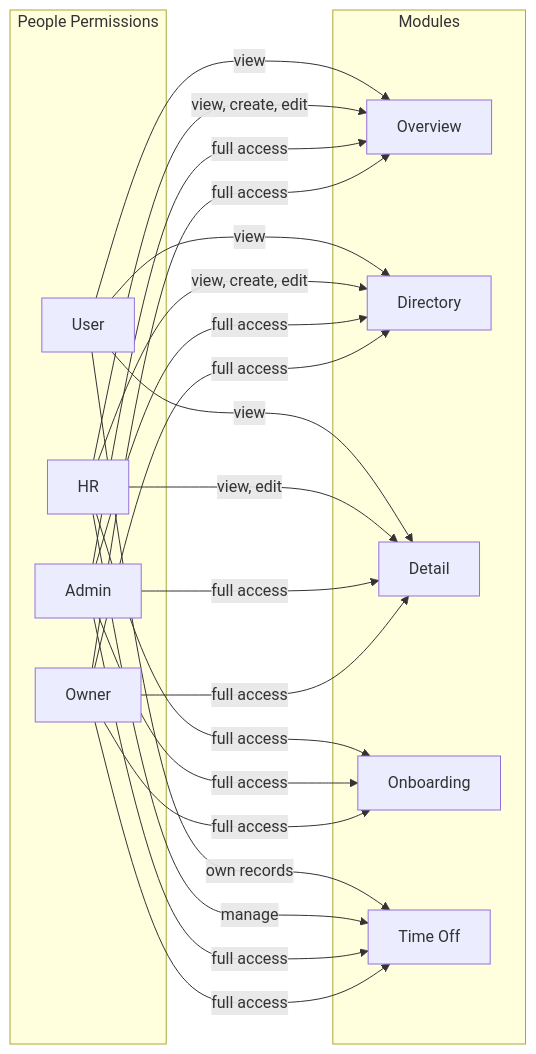
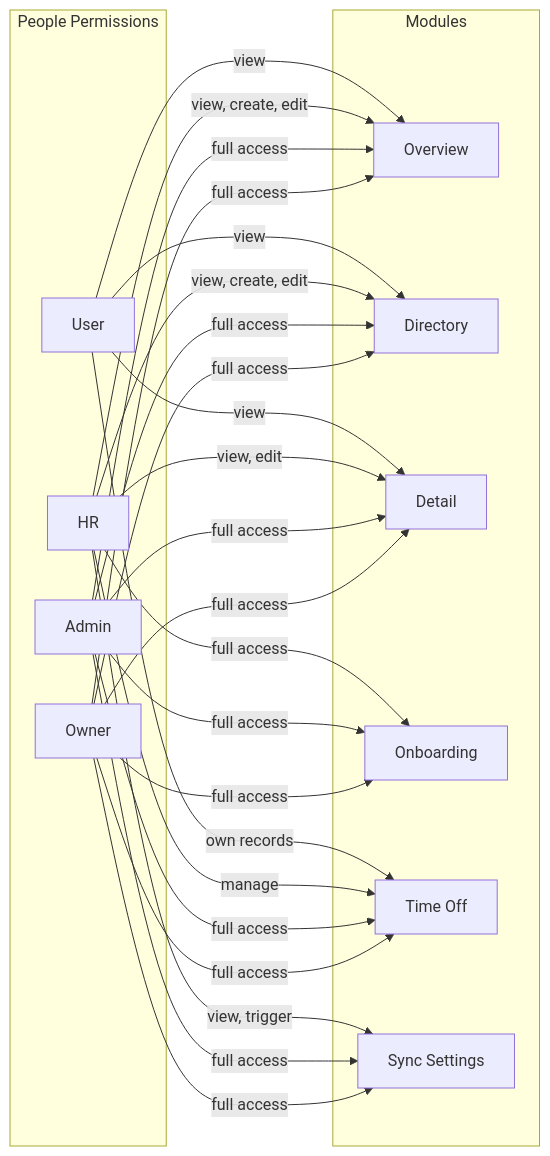
Before and after one commit to stellarsoft-tech/IdaraOS: the seventh of 17 diagrams in docs/modules/people/architecture.md, drawn with Mermaid. The commit also changed other lines of this file and 42 other files, not shown here.

First line of the commit message:
feat: implement People settings and sync functionality for Entra integration

````diff
--- a/docs/modules/people/architecture.md
+++ b/docs/modules/people/architecture.md
@@ -129,40 +319,44 @@
 ```mermaid
 graph LR
     subgraph "People Permissions"
         OWNER[Owner]
         ADMIN[Admin]
         HR[HR]
         USER[User]
     end
     
     subgraph "Modules"
         OVR[Overview]
         DIR[Directory]
         DET[Detail]
         ONB[Onboarding]
         TOF[Time Off]
+        SYNC[Sync Settings]
     end
     
     OWNER -->|full access| OVR
     OWNER -->|full access| DIR
     OWNER -->|full access| DET
     OWNER -->|full access| ONB
     OWNER -->|full access| TOF
+    OWNER -->|full access| SYNC
     
     ADMIN -->|full access| OVR
     ADMIN -->|full access| DIR
     ADMIN -->|full access| DET
     ADMIN -->|full access| ONB
     ADMIN -->|full access| TOF
+    ADMIN -->|full access| SYNC
     
     HR -->|view, create, edit| OVR
     HR -->|view, create, edit| DIR
     HR -->|view, edit| DET
     HR -->|full access| ONB
     HR -->|manage| TOF
+    HR -->|view, trigger| SYNC
     
     USER -->|view| OVR
     USER -->|view| DIR
     USER -->|view| DET
     USER -->|own records| TOF
 ```
````
